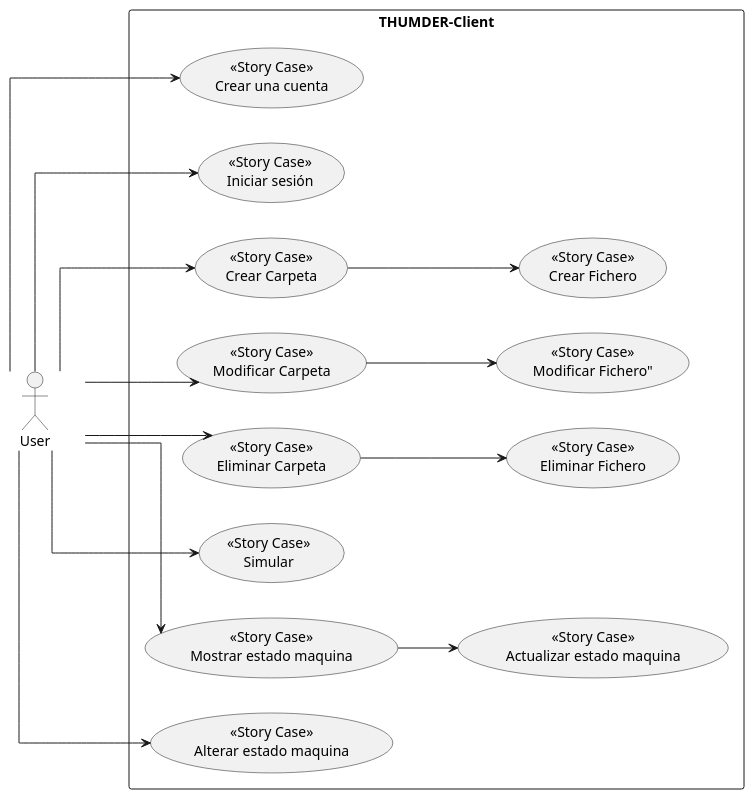
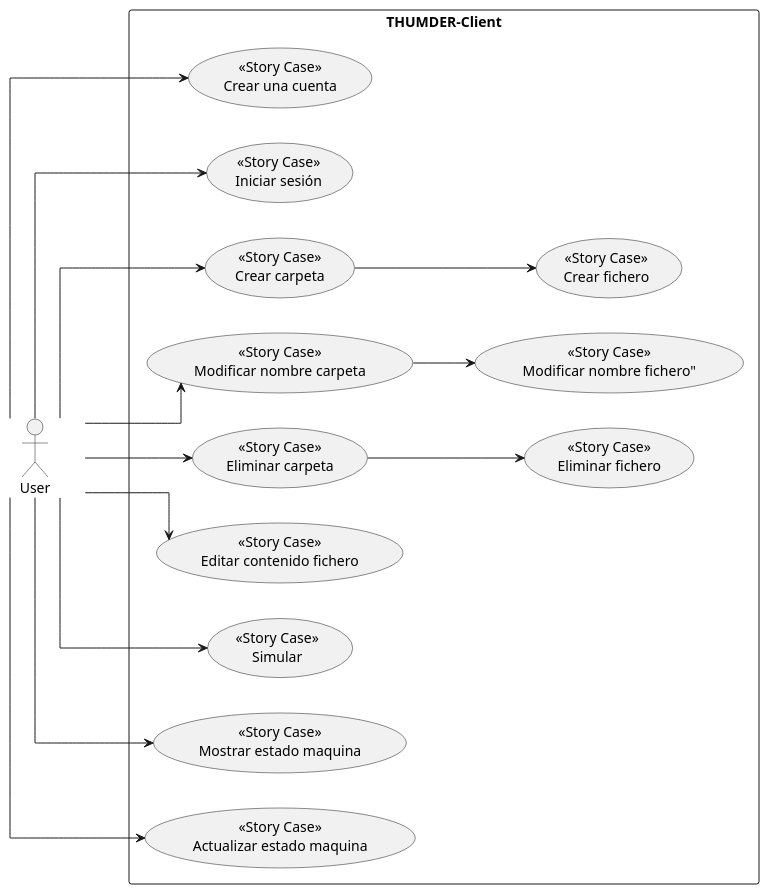
One commit to nonodev96/THUMDER changed the diagram in UML/0.1.StoryCase.puml. Above: the diagram before and after it, drawn with PlantUML. The commit also changed 62 other files, not shown here.

Commit message:
add login in cypress with cookies user add timer in machine add navigation list add code iterator stage ["--", "WB", "ME", "EX", "ID", "IF", "--"] add new translations add runner.json change UML remove href="#"

```diff
--- a/UML/0.1.StoryCase.puml
+++ b/UML/0.1.StoryCase.puml
@@ -1,56 +1,58 @@
 @startuml
 'https://plantuml.com/es/use-case-diagram
 '!theme amiga from https://raw.githubusercontent.com/plantuml/plantuml/master/themes
 skinparam defaultFontName consolas
 skinparam minClassWidth 100
 skinparam conditionStyle inside
 skinparam defaultTextAlignment center
 skinparam linetype polyline
 skinparam linetype ortho
 
 left to right direction
 'https://www.freeprojectz.com/uml-diagram/chat-application-system-sequence-diagram
 actor "User" as user
 rectangle THUMDER-Client {
   usecase "<<Story Case>>\nCrear una cuenta" as C_UC1
   usecase "<<Story Case>>\nIniciar sesión" as C_UC2
-  usecase "<<Story Case>>\nCrear Carpeta" as C_UC3
-  usecase "<<Story Case>>\nCrear Fichero" as C_UC3.1
-  usecase "<<Story Case>>\nModificar Carpeta" as C_UC4
-  usecase "<<Story Case>>\nModificar Fichero"" as C_UC4.1
-  usecase "<<Story Case>>\nEliminar Carpeta" as C_UC5
-  usecase "<<Story Case>>\nEliminar Fichero" as C_UC5.1
-'  usecase "<<Story Case>>\nEjecutar Ficheros" as C_UC6
-  usecase "<<Story Case>>\nSimular" as C_UC6
-'  usecase "<<Story Case>>\nDebug" as C_UC8
-  usecase "<<Story Case>>\nMostrar estado maquina" as C_UC7
-  usecase "<<Story Case>>\nActualizar estado maquina" as C_UC7.1
-  usecase "<<Story Case>>\nAlterar estado maquina" as C_UC8
+  usecase "<<Story Case>>\nCrear carpeta" as C_UC3.1a
+  usecase "<<Story Case>>\nCrear fichero" as C_UC3.2a
+  usecase "<<Story Case>>\nModificar nombre carpeta" as C_UC3.1b
+  usecase "<<Story Case>>\nModificar nombre fichero"" as C_UC3.2b
+  usecase "<<Story Case>>\nEliminar carpeta" as C_UC3.1c
+  usecase "<<Story Case>>\nEliminar fichero" as C_UC3.2c
+  usecase "<<Story Case>>\nEditar contenido fichero" as C_UC4
+  usecase "<<Story Case>>\nSimular" as C_UC5
+  usecase "<<Story Case>>\nMostrar estado maquina" as C_UC6
+  usecase "<<Story Case>>\nActualizar estado maquina" as C_UC7
+'  usecase "<<Story Case>>\nAlterar estado maquina" as C_UC9
+'  usecase "<<Story Case>>\nDebug" as C_UC_Debug
 }
 /'
 rectangle THUMDER-Server {
   usecase "Recibir" as S_UC00
   usecase "Analizar" as S_UC01
   usecase "Simular" as S_UC02
   usecase "Responder" as S_UC03
 }
 '/
 
 'admin --> UC01
 'admin --> UC02
 user --> C_UC1
 user --> C_UC2
-user --> C_UC3
-C_UC3 --> C_UC3.1
+
+user --> C_UC3.1a
+C_UC3.1a --> C_UC3.2a
+user --> C_UC3.1b
+C_UC3.1b --> C_UC3.2b
+user --> C_UC3.1c
+C_UC3.1c --> C_UC3.2c
+
 user --> C_UC4
-C_UC4 --> C_UC4.1
 user --> C_UC5
-C_UC5 --> C_UC5.1
 user --> C_UC6
 user --> C_UC7
-C_UC7 --> C_UC7.1
-user --> C_UC8
 'user --> C_UC9
 'user --> C_UC10
 
 @enduml
```
